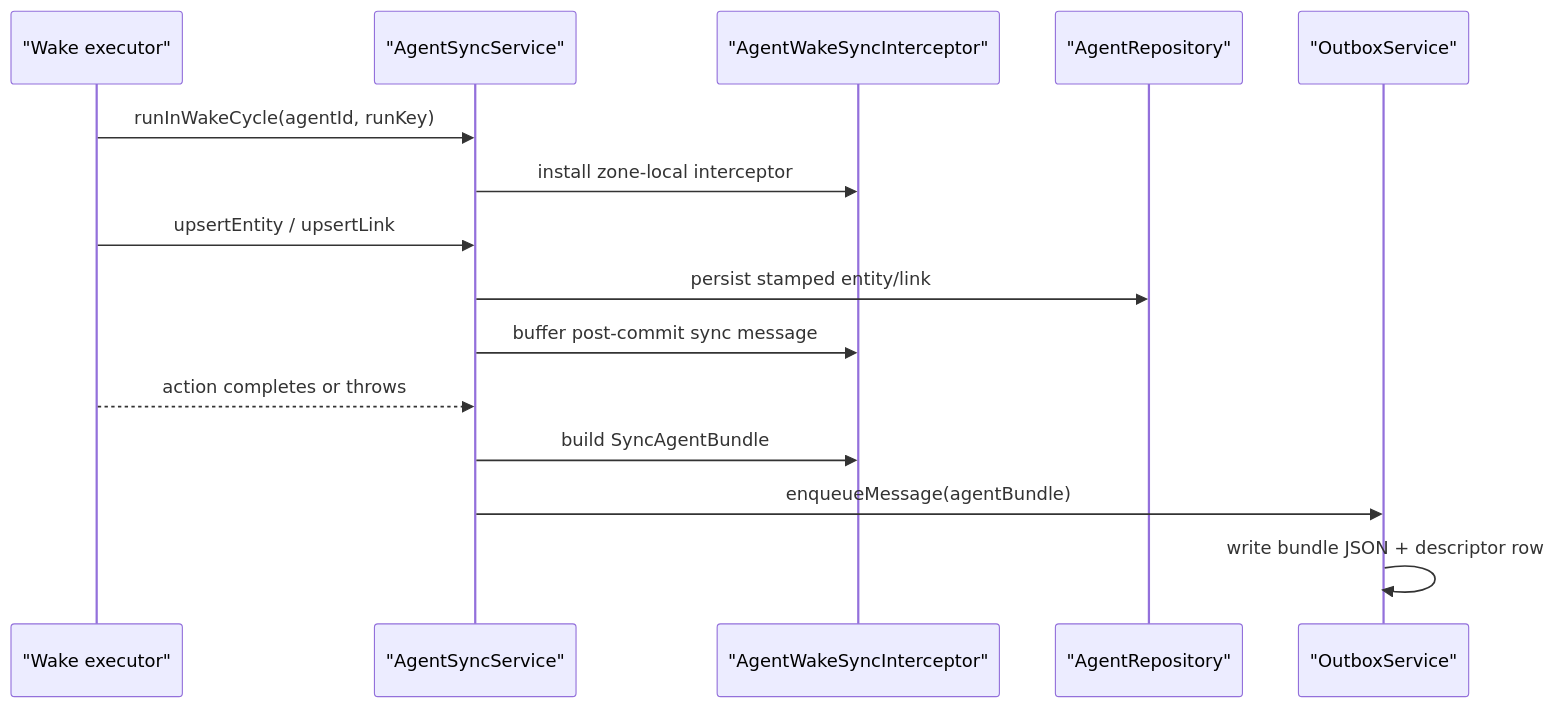
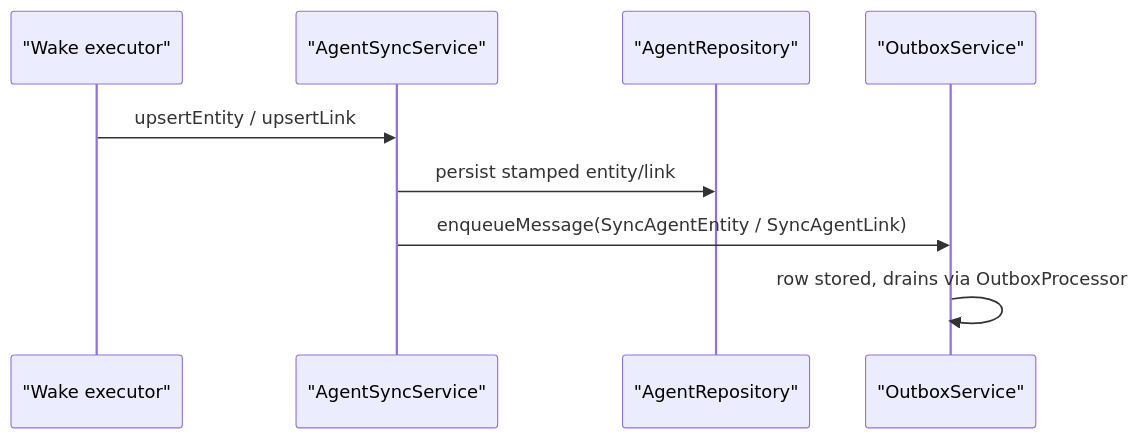
One commit to matthiasn/lotti changed the second of 8 diagrams in lib/features/sync/README.md. Above: the diagram before and after it, drawn with Mermaid. The commit also changed other lines of this file and 18 other files, not shown here.

Commit message:
refactor: remove deprecated agent wake state bundling in sync

````diff
--- a/lib/features/sync/README.md
+++ b/lib/features/sync/README.md
@@ -301,18 +296,12 @@
 ```mermaid
 sequenceDiagram
   participant Wake as "Wake executor"
   participant Sync as "AgentSyncService"
-  participant Buffer as "AgentWakeSyncInterceptor"
   participant Repo as "AgentRepository"
   participant Outbox as "OutboxService"
 
-  Wake->>Sync: runInWakeCycle(agentId, runKey)
-  Sync->>Buffer: install zone-local interceptor
   Wake->>Sync: upsertEntity / upsertLink
   Sync->>Repo: persist stamped entity/link
-  Sync->>Buffer: buffer post-commit sync message
-  Wake-->>Sync: action completes or throws
-  Sync->>Buffer: build SyncAgentBundle
-  Sync->>Outbox: enqueueMessage(agentBundle)
-  Outbox->>Outbox: write bundle JSON + descriptor row
+  Sync->>Outbox: enqueueMessage(SyncAgentEntity / SyncAgentLink)
+  Outbox->>Outbox: row stored, drains via OutboxProcessor
 ```
````
